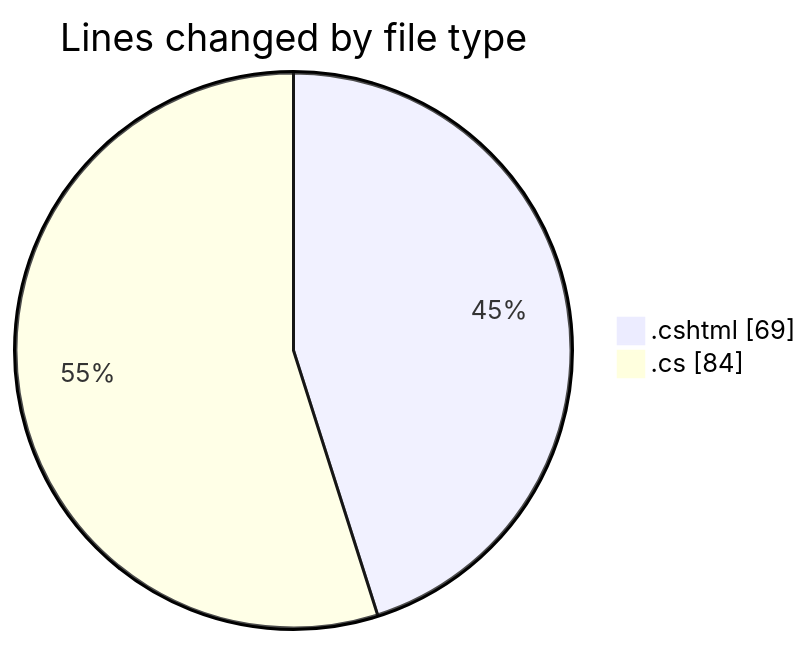
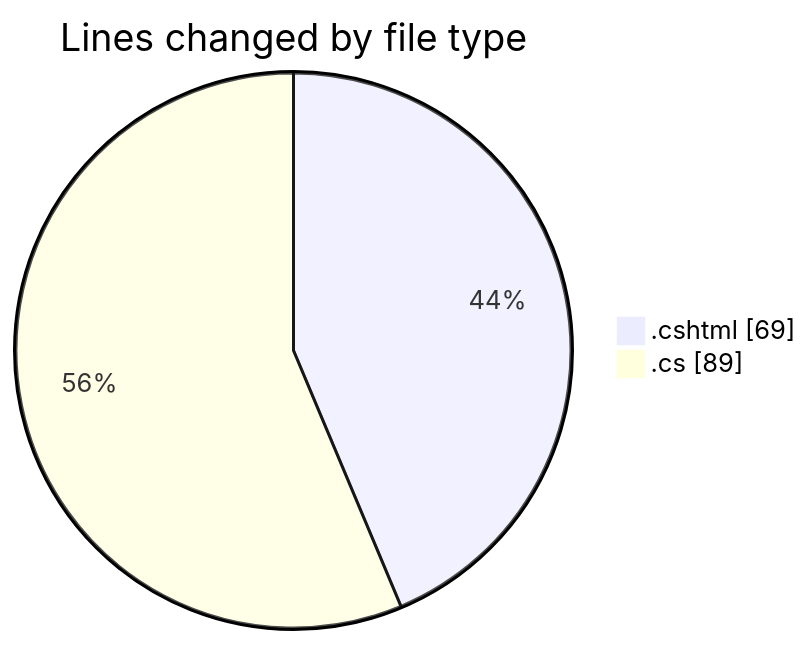
One commit to lephambinh05/code-tracking changed the first of 2 diagrams in 2025-07-18/nhahang/README.md. Above: the diagram before and after it, drawn with Mermaid. The commit also changed other lines of this file and 1 other file, not shown here.

````diff
--- a/2025-07-18/nhahang/README.md
+++ b/2025-07-18/nhahang/README.md
@@ -26,6 +26,6 @@
 ```mermaid
 pie showData
 title Lines changed by file type
 ".cshtml" : 69
-".cs" : 84
+".cs" : 89
 ```
````
